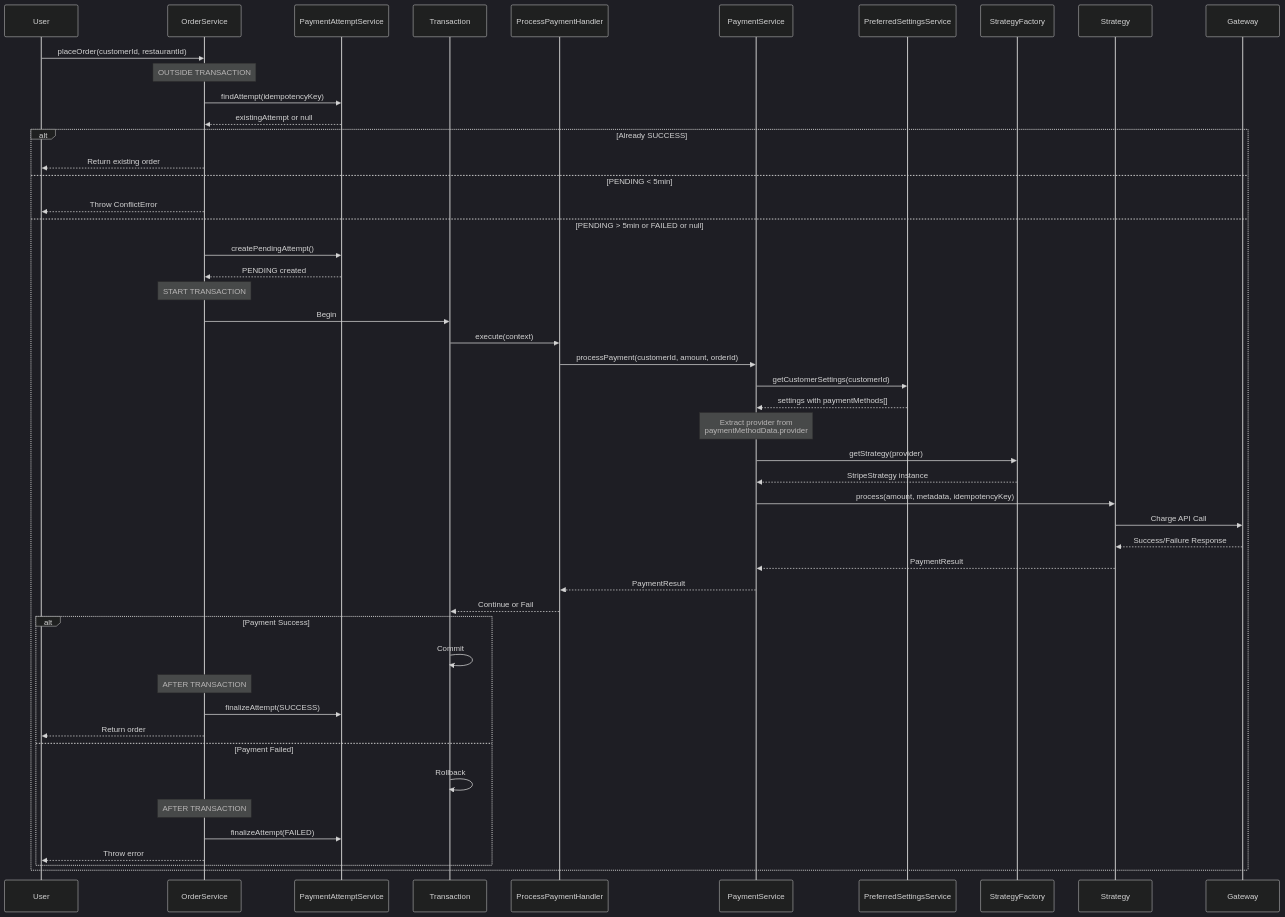
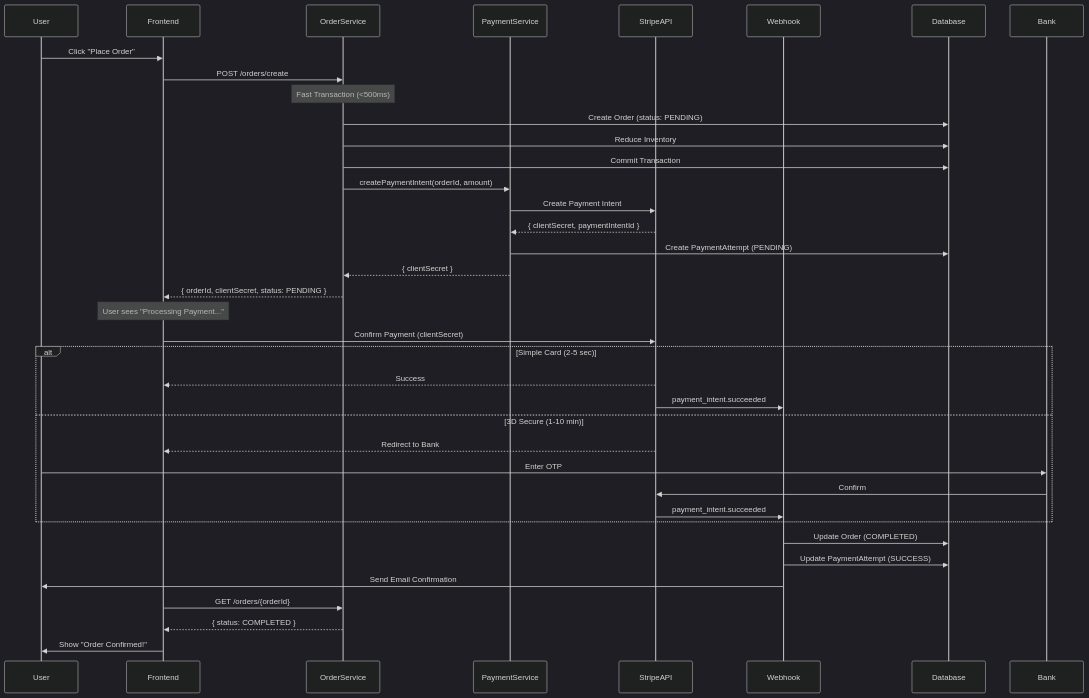
Before and after one commit to RedaAwwad/Food-Delivery: the third of 5 diagrams in docs/payment_gateway_design.md, drawn with Mermaid (dark theme). The commit also changed other lines of this file and 6 other files, not shown here.

````diff
--- a/docs/payment_gateway_design.md
+++ b/docs/payment_gateway_design.md
@@ -155,60 +145,47 @@
 ```mermaid
 sequenceDiagram
     participant User
+    participant Frontend
     participant OrderService
-    participant PaymentAttemptService
-    participant Transaction
-    participant ProcessPaymentHandler
     participant PaymentService
-    participant PreferredSettingsService
-    participant StrategyFactory
-    participant Strategy
-    participant Gateway
+    participant StripeAPI
+    participant Webhook
+    participant Database
 
-    User->>OrderService: placeOrder(customerId, restaurantId)
+    User->>Frontend: Click "Place Order"
+    Frontend->>OrderService: POST /orders/create
     
-    Note over OrderService: OUTSIDE TRANSACTION
-    OrderService->>PaymentAttemptService: findAttempt(idempotencyKey)
-    PaymentAttemptService-->>OrderService: existingAttempt or null
+    Note over OrderService: Fast Transaction (<500ms)
+    OrderService->>Database: Create Order (status: PENDING)
+    OrderService->>Database: Reduce Inventory
+    OrderService->>Database: Commit Transaction
     
-    alt Already SUCCESS
-        OrderService-->>User: Return existing order
-    else PENDING < 5min
-        OrderService-->>User: Throw ConflictError
-    else PENDING > 5min or FAILED or null
-        OrderService->>PaymentAttemptService: createPendingAttempt()
-        PaymentAttemptService-->>OrderService: PENDING created
-        
-        Note over OrderService: START TRANSACTION
-        OrderService->>Transaction: Begin
-        Transaction->>ProcessPaymentHandler: execute(context)
-        ProcessPaymentHandler->>PaymentService: processPayment(customerId, amount, orderId)
-        
-        PaymentService->>PreferredSettingsService: getCustomerSettings(customerId)
-        PreferredSettingsService-->>PaymentService: settings with paymentMethods[]
-        
-        Note over PaymentService: Extract provider from<br/>paymentMethodData.provider
-        PaymentService->>StrategyFactory: getStrategy(provider)
-        StrategyFactory-->>PaymentService: StripeStrategy instance
-        
-        PaymentService->>Strategy: process(amount, metadata, idempotencyKey)
-        Strategy->>Gateway: Charge API Call
-        Gateway-->>Strategy: Success/Failure Response
-        Strategy-->>PaymentService: PaymentResult
-        
-        PaymentService-->>ProcessPaymentHandler: PaymentResult
-        ProcessPaymentHandler-->>Transaction: Continue or Fail
-        
-        alt Payment Success
-            Transaction->>Transaction: Commit
-            Note over OrderService: AFTER TRANSACTION
-            OrderService->>PaymentAttemptService: finalizeAttempt(SUCCESS)
-            OrderService-->>User: Return order
-        else Payment Failed
-            Transaction->>Transaction: Rollback
-            Note over OrderService: AFTER TRANSACTION
-            OrderService->>PaymentAttemptService: finalizeAttempt(FAILED)
-            OrderService-->>User: Throw error
-        end
+    OrderService->>PaymentService: createPaymentIntent(orderId, amount)
+    PaymentService->>StripeAPI: Create Payment Intent
+    StripeAPI-->>PaymentService: { clientSecret, paymentIntentId }
+    
+    PaymentService->>Database: Create PaymentAttempt (PENDING)
+    PaymentService-->>OrderService: { clientSecret }
+    OrderService-->>Frontend: { orderId, clientSecret, status: PENDING }
+    
+    Note over Frontend: User sees "Processing Payment..."
+    Frontend->>StripeAPI: Confirm Payment (clientSecret)
+    
+    alt Simple Card (2-5 sec)
+        StripeAPI-->>Frontend: Success
+        StripeAPI->>Webhook: payment_intent.succeeded
+    else 3D Secure (1-10 min)
+        StripeAPI-->>Frontend: Redirect to Bank
+        User->>Bank: Enter OTP
+        Bank->>StripeAPI: Confirm
+        StripeAPI->>Webhook: payment_intent.succeeded
     end
+    
+    Webhook->>Database: Update Order (COMPLETED)
+    Webhook->>Database: Update PaymentAttempt (SUCCESS)
+    Webhook->>User: Send Email Confirmation
+    
+    Frontend->>OrderService: GET /orders/{orderId}
+    OrderService-->>Frontend: { status: COMPLETED }
+    Frontend->>User: Show "Order Confirmed!"
 ```
````
